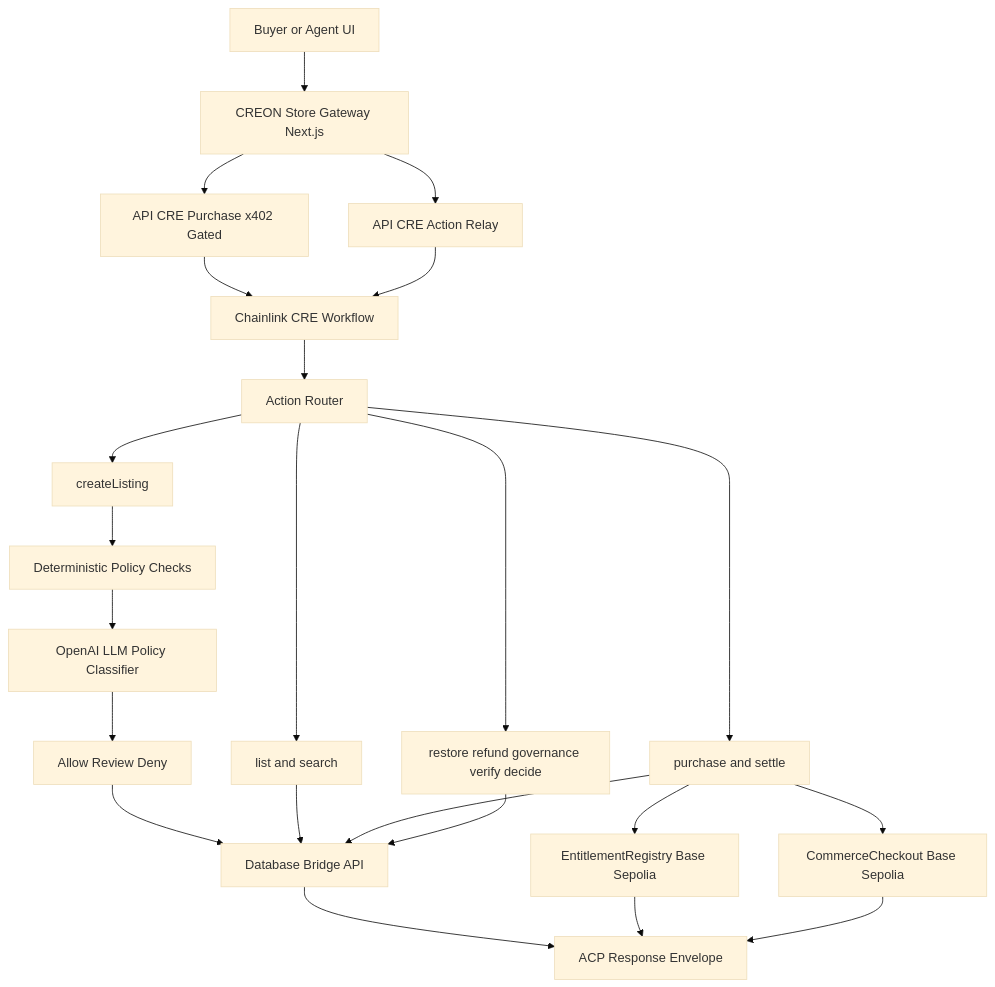
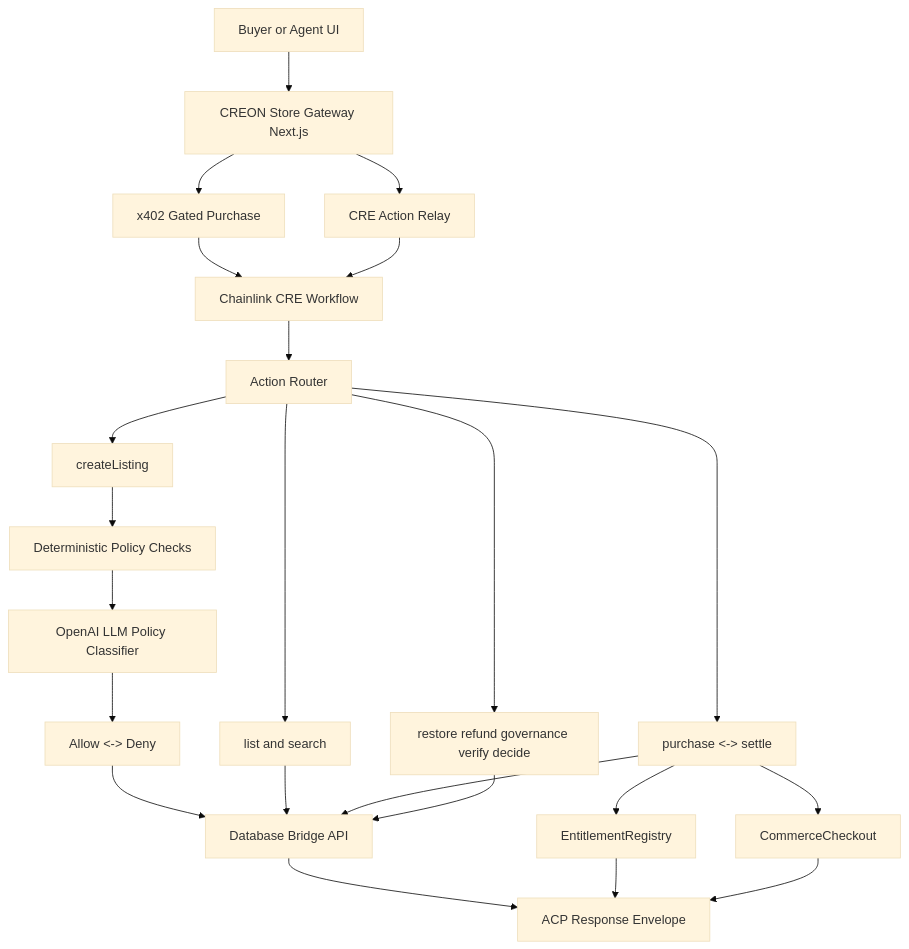
Before and after one commit to raldblox/creon: the diagram in README.md, drawn with Mermaid (base theme).

Commit message:
update diagram

````diff
--- a/README.md
+++ b/README.md
@@ -25,28 +25,28 @@
 ```mermaid
 flowchart TD
   A[Buyer or Agent UI] --> B[CREON Store Gateway Next.js]
-  B --> C[API CRE Purchase x402 Gated]
-  B --> D[API CRE Action Relay]
+  B --> C[x402 Gated Purchase]
+  B --> D[CRE Action Relay]
   C --> E[Chainlink CRE Workflow]
   D --> E
 
   E --> F[Action Router]
   F --> G[createListing]
   F --> H[list and search]
-  F --> I[purchase and settle]
+  F --> I[purchase <-> settle]
   F --> J[restore refund governance verify decide]
 
   G --> K[Deterministic Policy Checks]
   K --> L[OpenAI LLM Policy Classifier]
-  L --> M[Allow Review Deny]
+  L --> M[Allow <-> Deny]
   M --> N[Database Bridge API]
   H --> N
   I --> N
   J --> N
 
-  I --> O[EntitlementRegistry Base Sepolia]
-  I --> P[CommerceCheckout Base Sepolia]
+  I --> O[EntitlementRegistry]
+  I --> P[CommerceCheckout]
   N --> Q[ACP Response Envelope]
   O --> Q
   P --> Q
 ```
````
